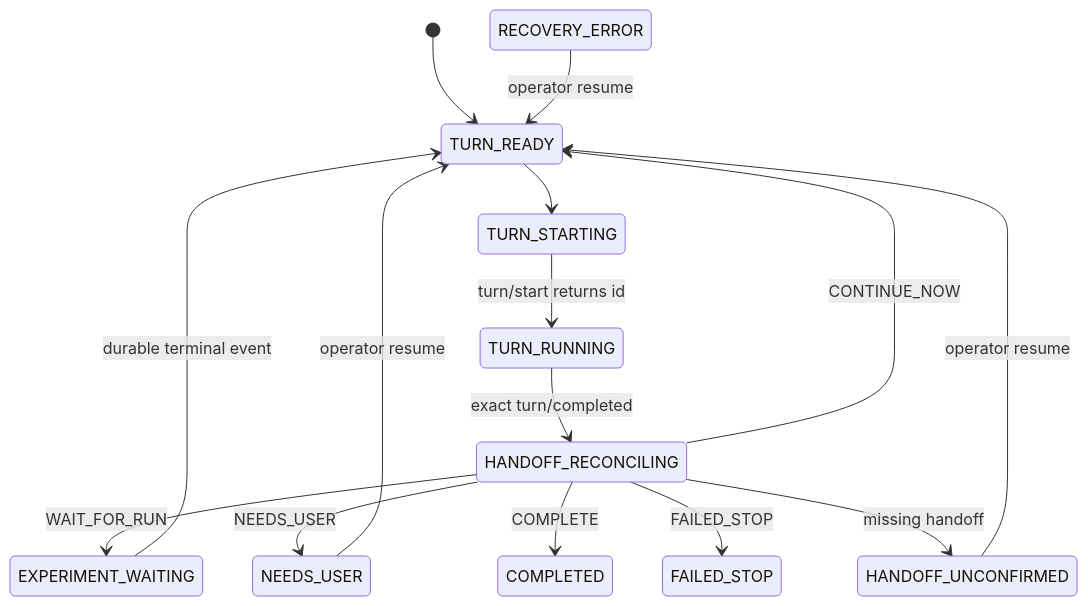
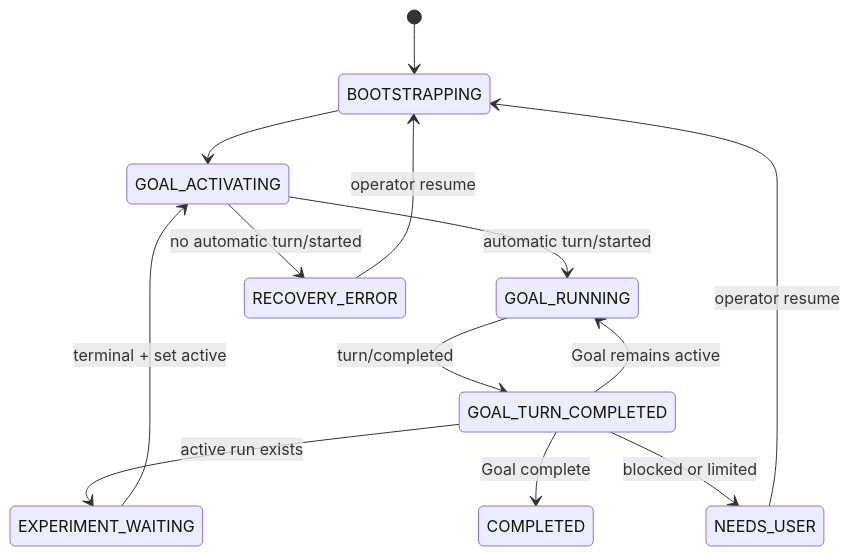
The third of 3 diagrams in docs/AUTO_RESEARCH_SUPERVISOR_SCHEDULER_DESIGN.md (dollarser/codex-auto-research), drawn with Mermaid before and after one commit. The commit also changed other lines of this file and 10 other files, not shown here.

````diff
--- a/docs/AUTO_RESEARCH_SUPERVISOR_SCHEDULER_DESIGN.md
+++ b/docs/AUTO_RESEARCH_SUPERVISOR_SCHEDULER_DESIGN.md
@@ -38,17 +98,15 @@
 ```mermaid
 stateDiagram-v2
-    [*] --> TURN_READY
-    TURN_READY --> TURN_STARTING
-    TURN_STARTING --> TURN_RUNNING: turn/start returns id
-    TURN_RUNNING --> HANDOFF_RECONCILING: exact turn/completed
-    HANDOFF_RECONCILING --> EXPERIMENT_WAITING: WAIT_FOR_RUN
-    HANDOFF_RECONCILING --> TURN_READY: CONTINUE_NOW
-    HANDOFF_RECONCILING --> NEEDS_USER: NEEDS_USER
-    HANDOFF_RECONCILING --> COMPLETED: COMPLETE
-    HANDOFF_RECONCILING --> FAILED_STOP: FAILED_STOP
-    HANDOFF_RECONCILING --> HANDOFF_UNCONFIRMED: missing handoff
-    EXPERIMENT_WAITING --> TURN_READY: durable terminal event
-    NEEDS_USER --> TURN_READY: operator resume
-    HANDOFF_UNCONFIRMED --> TURN_READY: operator resume
-    RECOVERY_ERROR --> TURN_READY: operator resume
+    [*] --> BOOTSTRAPPING
+    BOOTSTRAPPING --> GOAL_ACTIVATING
+    GOAL_ACTIVATING --> GOAL_RUNNING: automatic turn/started
+    GOAL_ACTIVATING --> RECOVERY_ERROR: no automatic turn/started
+    GOAL_RUNNING --> GOAL_TURN_COMPLETED: turn/completed
+    GOAL_TURN_COMPLETED --> EXPERIMENT_WAITING: active run exists
+    GOAL_TURN_COMPLETED --> GOAL_RUNNING: Goal remains active
+    GOAL_TURN_COMPLETED --> COMPLETED: Goal complete
+    GOAL_TURN_COMPLETED --> NEEDS_USER: blocked or limited
+    EXPERIMENT_WAITING --> GOAL_ACTIVATING: terminal + set active
+    NEEDS_USER --> BOOTSTRAPPING: operator resume
+    RECOVERY_ERROR --> BOOTSTRAPPING: operator resume
 ```
````
